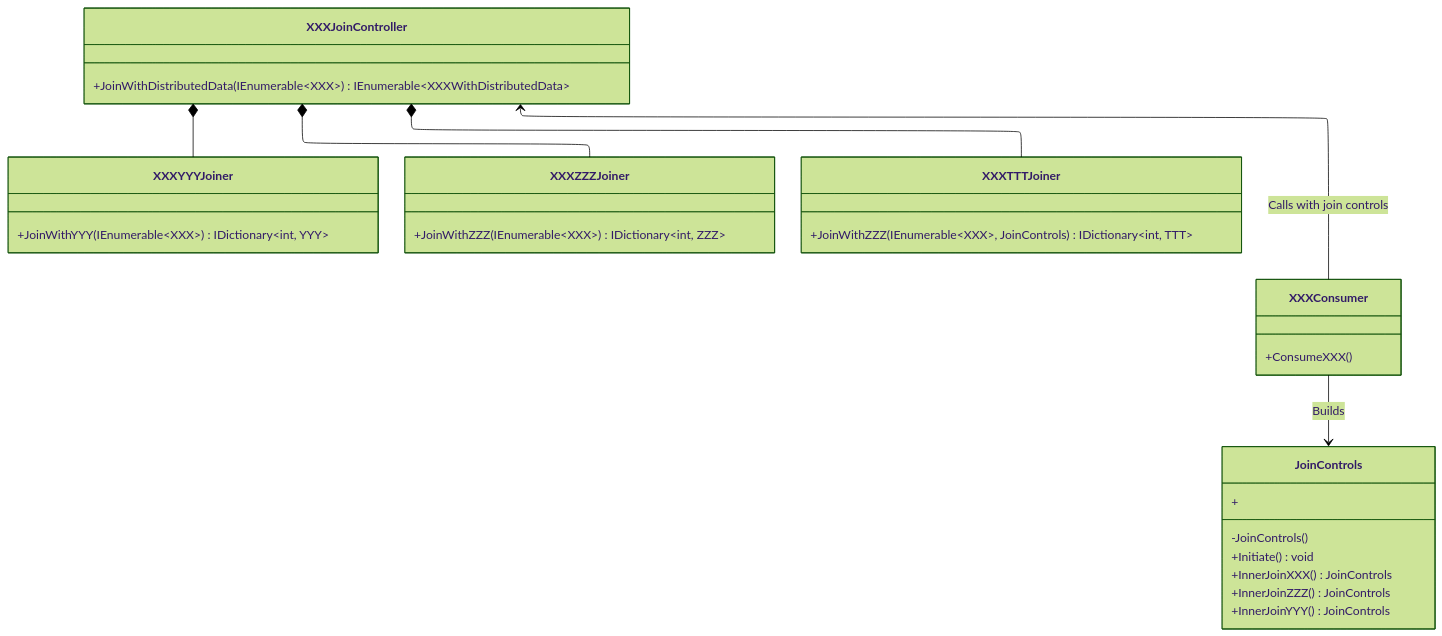
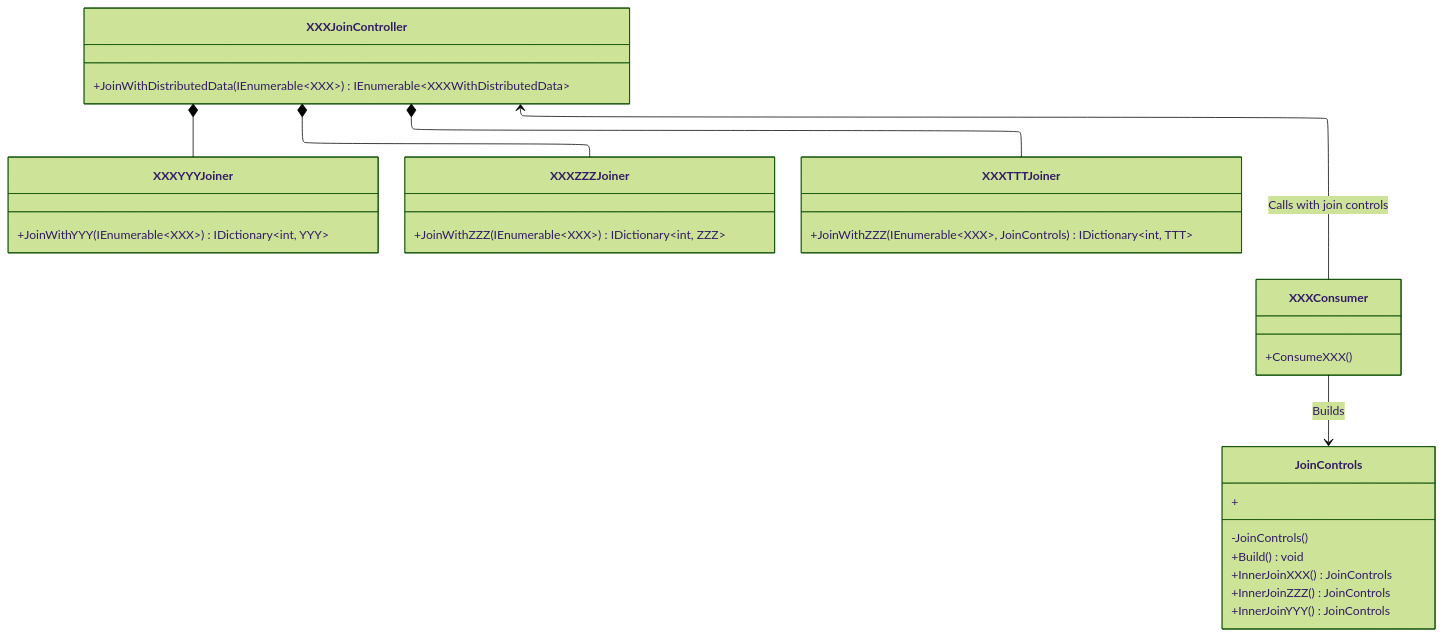
Before and after one commit to medbalighhamdi/Patterns.DistributedJoins: the diagram in README.md, drawn with Mermaid (forest theme).

Commit message:
docs: rename initiate() method to build() accordingly to pattern naming

````diff
--- a/README.md
+++ b/README.md
@@ -40,32 +40,32 @@
 ```mermaid
 %%{ init: { 'layout': 'elk' } }%%
 classDiagram
     XXXJoinController *-- XXXYYYJoiner
     XXXJoinController *-- XXXZZZJoiner
     XXXJoinController *-- XXXTTTJoiner
     XXXJoinController <-- XXXConsumer: Calls with join controls
     XXXConsumer -->  JoinControls: Builds
     class XXXYYYJoiner{
       +JoinWithYYY(IEnumerable~XXX~) IDictionary~int, YYY~
     }
     class XXXZZZJoiner{
       +JoinWithZZZ(IEnumerable~XXX~) IDictionary~int, ZZZ~
     }
     class XXXTTTJoiner{
       +JoinWithZZZ(IEnumerable~XXX~, JoinControls) IDictionary~int, TTT~
     }
     class XXXJoinController{
       +JoinWithDistributedData(IEnumerable~XXX~) IEnumerable~XXXWithDistributedData~
     }
      class XXXConsumer{
       +ConsumeXXX()
     }
     class JoinControls{
       -JoinControls()
-      +Initiate() void
+      +Build() void
       +InnerJoinXXX() JoinControls
       +InnerJoinZZZ() JoinControls
       +InnerJoinYYY() JoinControls
       +
     }
 ```
````
